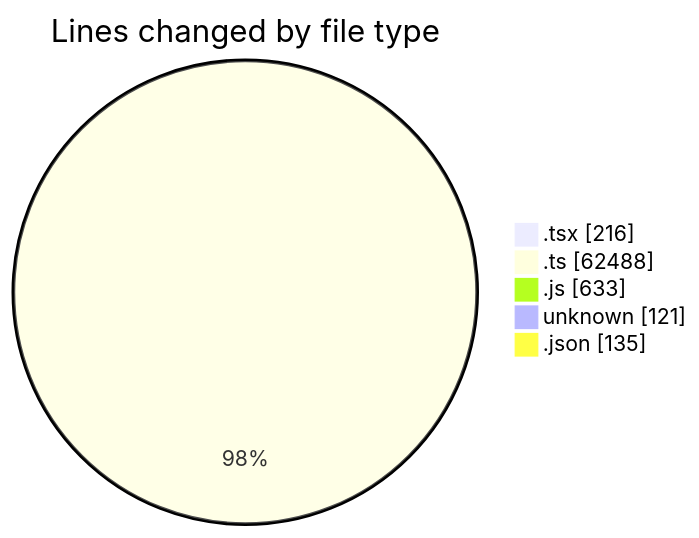
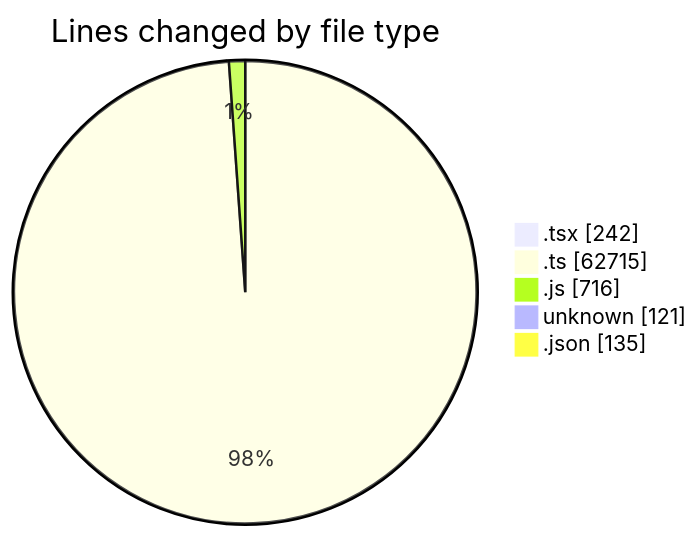
The first of 2 diagrams in 2026-06-01/cda/README.md (momahboobian/code-tracking), drawn with Mermaid before and after one commit. The commit also changed other lines of this file and 1 other file, not shown here.

````diff
--- a/2026-06-01/cda/README.md
+++ b/2026-06-01/cda/README.md
@@ -52,9 +52,9 @@
 ```mermaid
 pie showData
 title Lines changed by file type
-".tsx" : 216
-".ts" : 62488
-".js" : 633
+".tsx" : 242
+".ts" : 62715
+".js" : 716
 "unknown" : 121
 ".json" : 135
 ```
````
